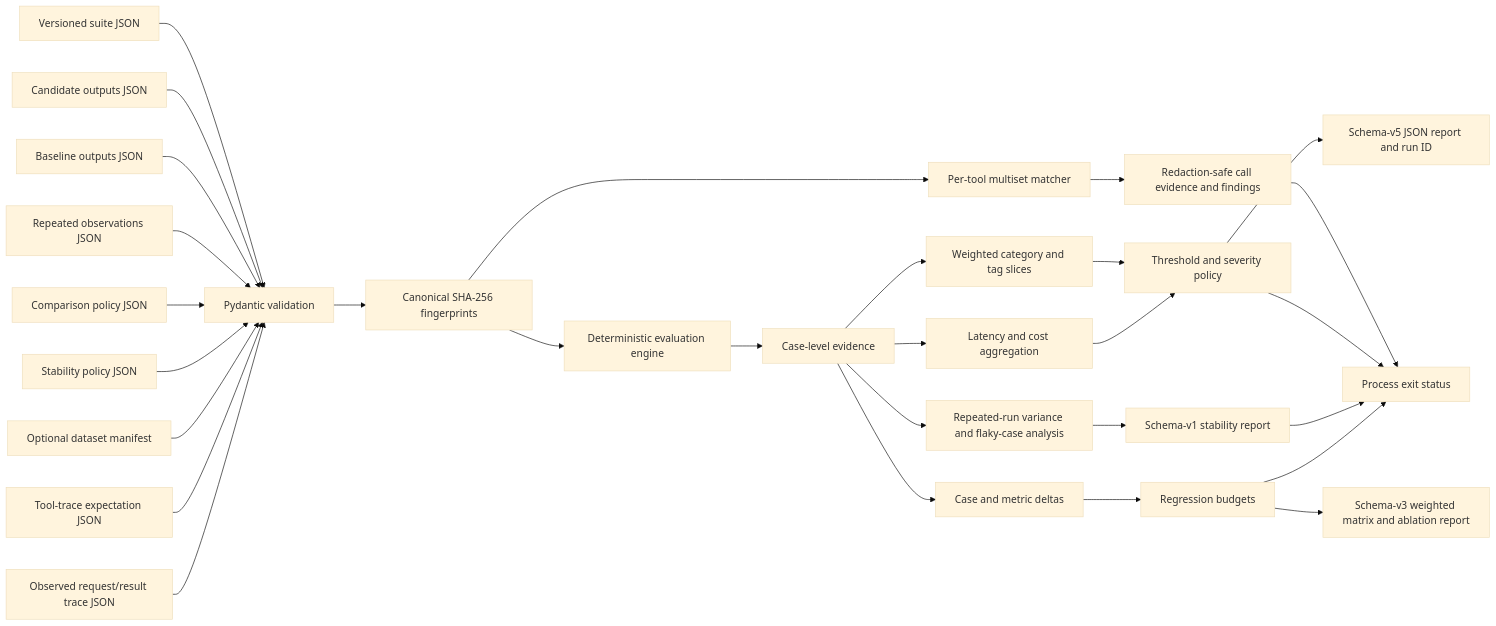
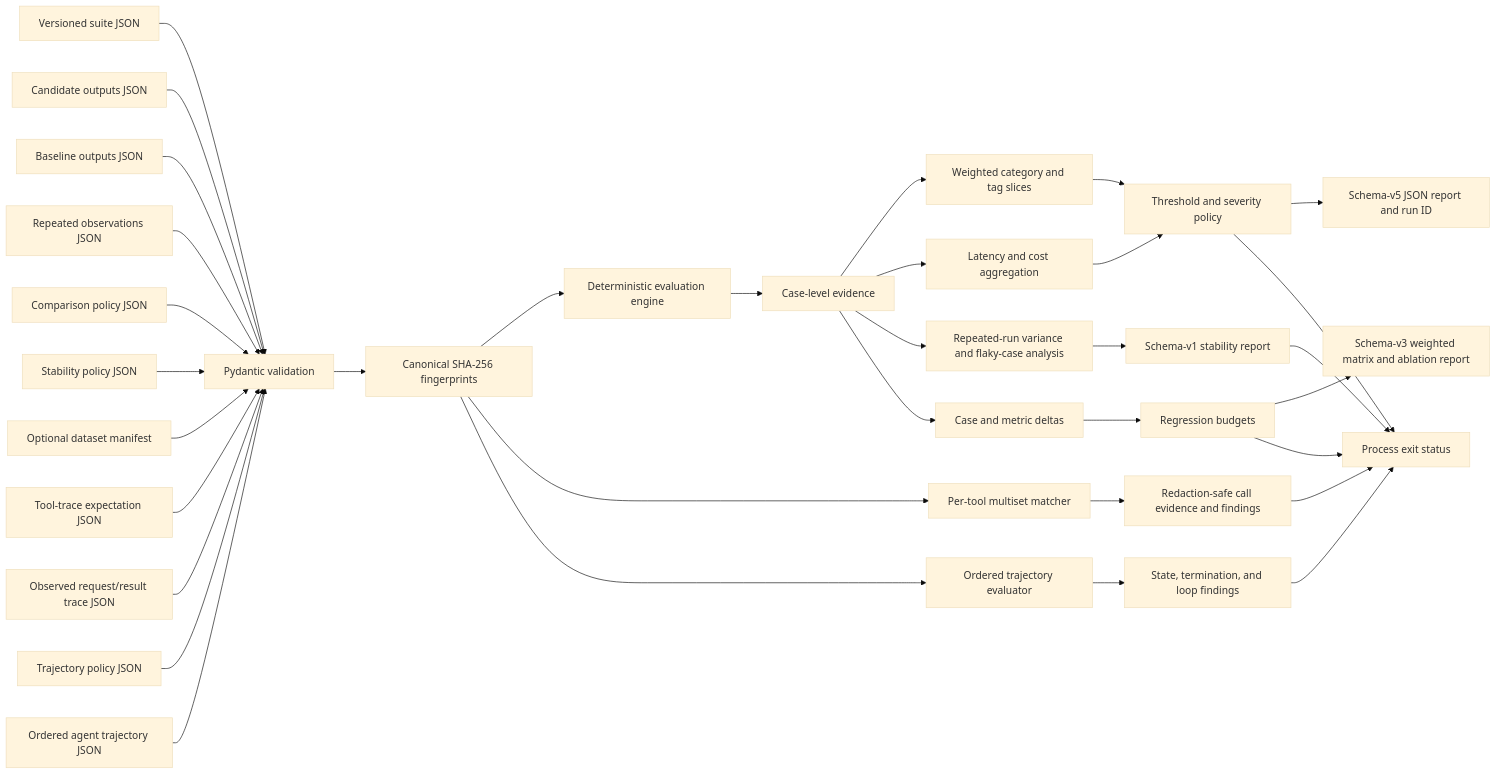
One commit to navaneeth9908/evalforge changed the first of 2 diagrams in docs/architecture.md. Above: the diagram before and after it, drawn with Mermaid (base theme). The commit also changed other lines of this file and 9 other files, not shown here.

````diff
--- a/docs/architecture.md
+++ b/docs/architecture.md
@@ -7,31 +7,36 @@
 ```mermaid
 flowchart LR
     S[Versioned suite JSON] --> V[Pydantic validation]
     O[Candidate outputs JSON] --> V
     B[Baseline outputs JSON] --> V
     N[Repeated observations JSON] --> V
     C[Comparison policy JSON] --> V
     Y[Stability policy JSON] --> V
     M[Optional dataset manifest] --> V
     U[Tool-trace expectation JSON] --> V
     K[Observed request/result trace JSON] --> V
+    TP[Trajectory policy JSON] --> V
+    AT[Ordered agent trajectory JSON] --> V
     V --> H[Canonical SHA-256 fingerprints]
     H --> E[Deterministic evaluation engine]
     H --> L[Per-tool multiset matcher]
+    H --> TE[Ordered trajectory evaluator]
+    TE --> TF[State, termination, and loop findings]
+    TF --> X[Process exit status]
     L --> F[Redaction-safe call evidence and findings]
     F --> X[Process exit status]
     E --> R[Case-level evidence]
     R --> W[Weighted category and tag slices]
     R --> P[Latency and cost aggregation]
     R --> T[Repeated-run variance and flaky-case analysis]
     W --> G[Threshold and severity policy]
     P --> G
     G --> J[Schema-v5 JSON report and run ID]
     G --> X[Process exit status]
     R --> D[Case and metric deltas]
     D --> Q[Regression budgets]
     Q --> A[Schema-v3 weighted matrix and ablation report]
     T --> Z[Schema-v1 stability report]
     Z --> X
     Q --> X
 ```
````
